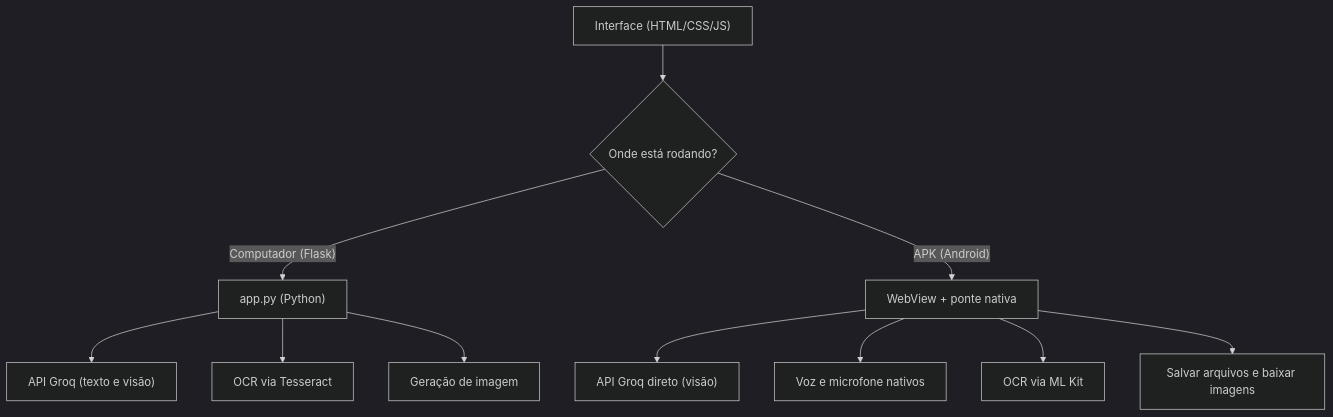
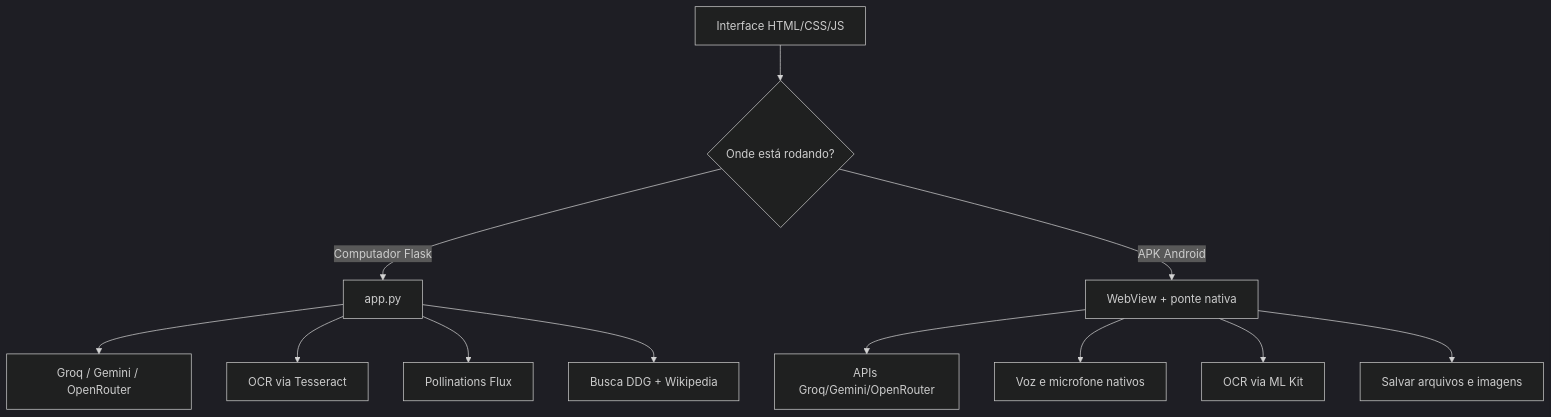
The diagram in README.md (jt168304-sys/ia-assistente), drawn with Mermaid (dark theme) before and after one commit. The commit also changed other lines of this file and 7 other files, not shown here.

First line of the commit message:
feat: multi-provedor, busca web robusta e geracao de imagens

````diff
--- a/README.md
+++ b/README.md
@@ -20,13 +21,14 @@
 ```mermaid
 graph TD
-    A["Interface (HTML/CSS/JS)"] --> B{"Onde está rodando?"}
-    B -->|"Computador (Flask)"| C["app.py (Python)"]
-    C --> D["API Groq (texto e visão)"]
+    A["Interface HTML/CSS/JS"] --> B{"Onde está rodando?"}
+    B -->|"Computador Flask"| C["app.py"]
+    C --> D["Groq / Gemini / OpenRouter"]
     C --> E["OCR via Tesseract"]
-    C --> F["Geração de imagem"]
-    B -->|"APK (Android)"| G["WebView + ponte nativa"]
-    G --> H["API Groq direto (visão)"]
+    C --> F["Pollinations Flux"]
+    C --> S["Busca DDG + Wikipedia"]
+    B -->|"APK Android"| G["WebView + ponte nativa"]
+    G --> H["APIs Groq/Gemini/OpenRouter"]
     G --> I["Voz e microfone nativos"]
     G --> J["OCR via ML Kit"]
-    G --> K["Salvar arquivos e baixar imagens"]
+    G --> K["Salvar arquivos e imagens"]
 ```
````
